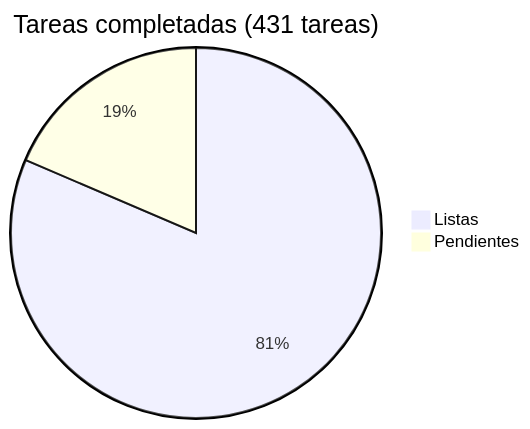
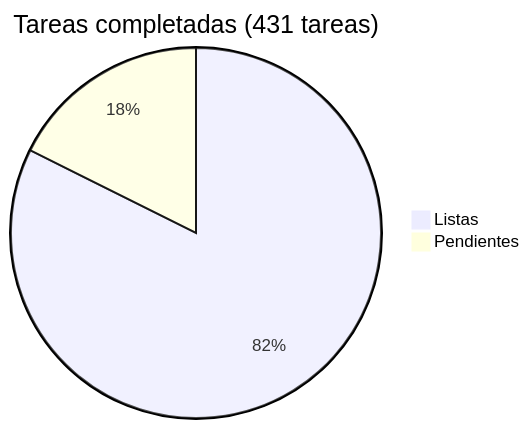
Before and after one commit to araguaney-lat/araguaney: the diagram in docs/roadmap/README.md, drawn with Mermaid. The commit also changed other lines of this file and 16 other files, not shown here.

````diff
--- a/docs/roadmap/README.md
+++ b/docs/roadmap/README.md
@@ -5,5 +5,5 @@
 ```mermaid
 pie title Tareas completadas (431 tareas)
-    "Listas" : 351
-    "Pendientes" : 80
+    "Listas" : 355
+    "Pendientes" : 76
 ```
````
